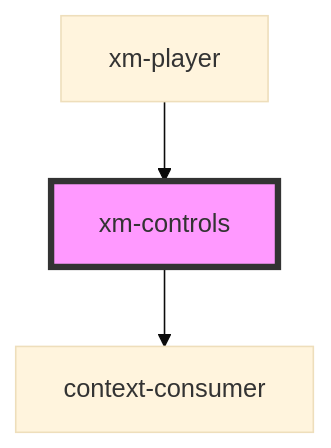
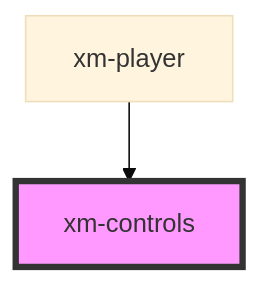
One commit to openHPI/xikolo-video-player changed the diagram in src/components/controls/readme.md. Above: the diagram before and after it, drawn with Mermaid (base theme). The commit also changed other lines of this file and 4 other files, not shown here.

````diff
--- a/src/components/controls/readme.md
+++ b/src/components/controls/readme.md
@@ -27,6 +33,5 @@
 ```mermaid
 graph TD;
-  xm-controls --> context-consumer
   xm-player --> xm-controls
   style xm-controls fill:#f9f,stroke:#333,stroke-width:4px
 ```
````
